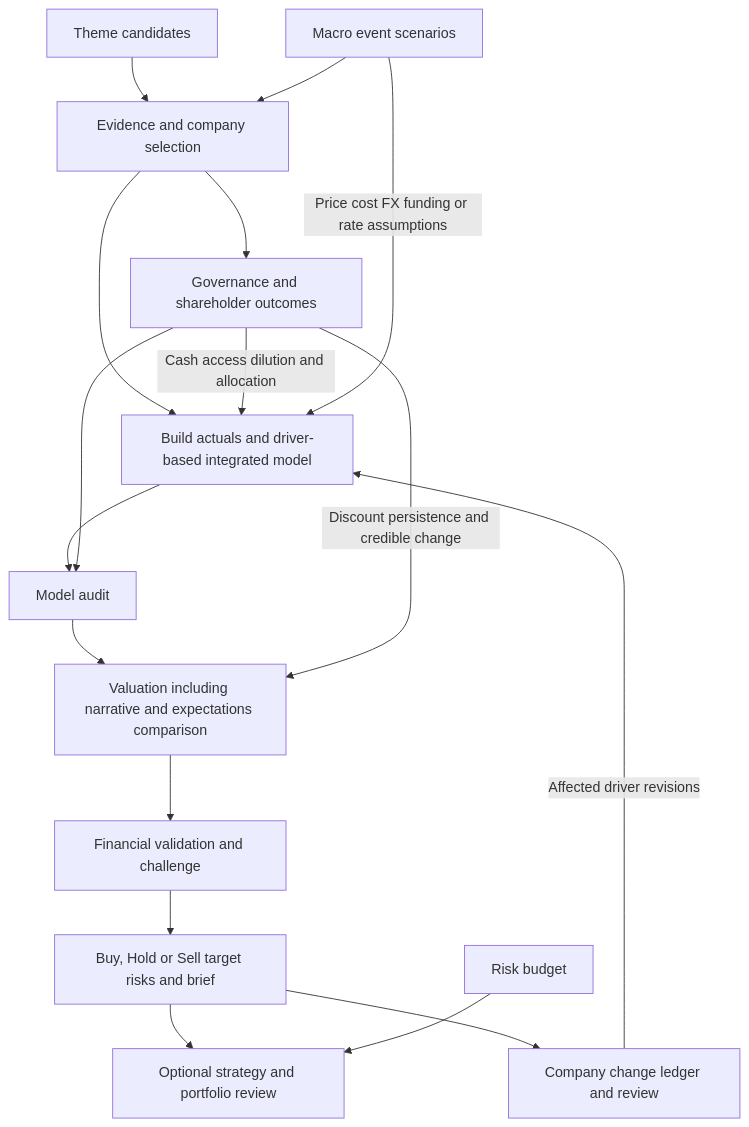
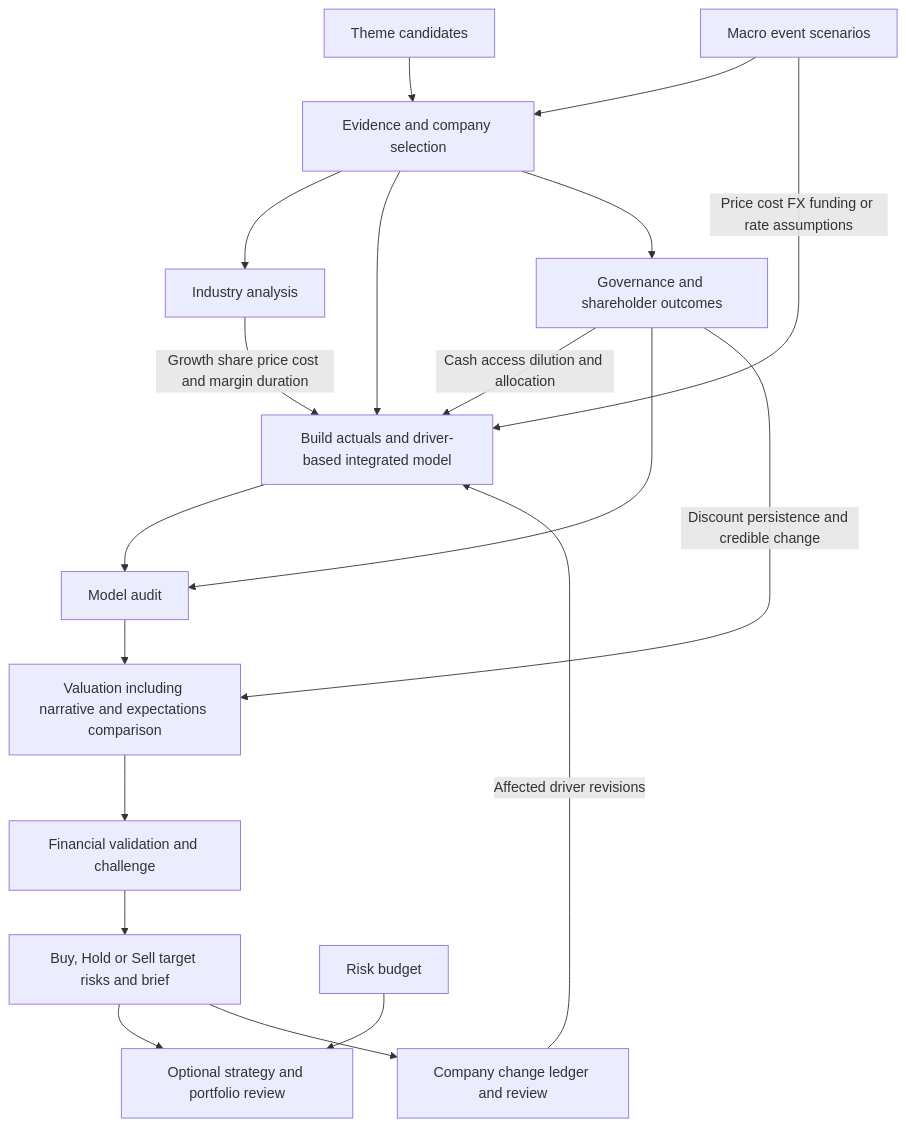
The diagram in skills/research-cycle/references/research-branches.md (Alan-Cao-ShengJin/fundamental-research-analysis), drawn with Mermaid before and after one commit. The commit also changed other lines of this file and 119 other files, not shown here.

````diff
--- a/skills/research-cycle/references/research-branches.md
+++ b/skills/research-cycle/references/research-branches.md
@@ -22,19 +22,21 @@
 ```mermaid
 flowchart TD
   T[Theme candidates] --> E[Evidence and company selection]
   M[Macro event scenarios] --> E
+  E --> I[Industry analysis]
+  I -->|Growth share price cost and margin duration| B
   E --> B[Build actuals and driver-based integrated model]
   E --> G[Governance and shareholder outcomes]
   G -->|Cash access dilution and allocation| B
   B --> A[Model audit]
   G --> A
   A --> V[Valuation including narrative and expectations comparison]
   G -->|Discount persistence and credible change| V
   V --> F[Financial validation and challenge]
   F --> C[Buy, Hold or Sell target risks and brief]
   C --> P[Optional strategy and portfolio review]
   R[Risk budget] --> P
   C --> U[Company change ledger and review]
   U -->|Affected driver revisions| B
   M -->|Price cost FX funding or rate assumptions| B
 ```
````
